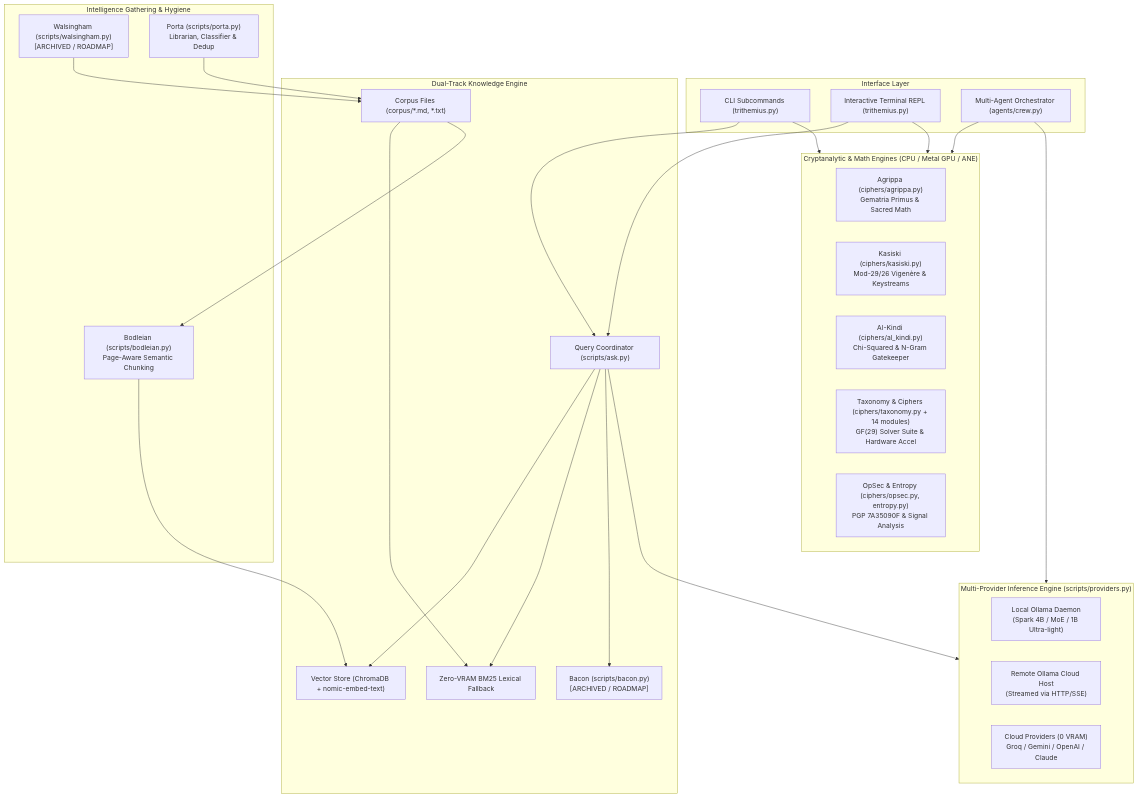
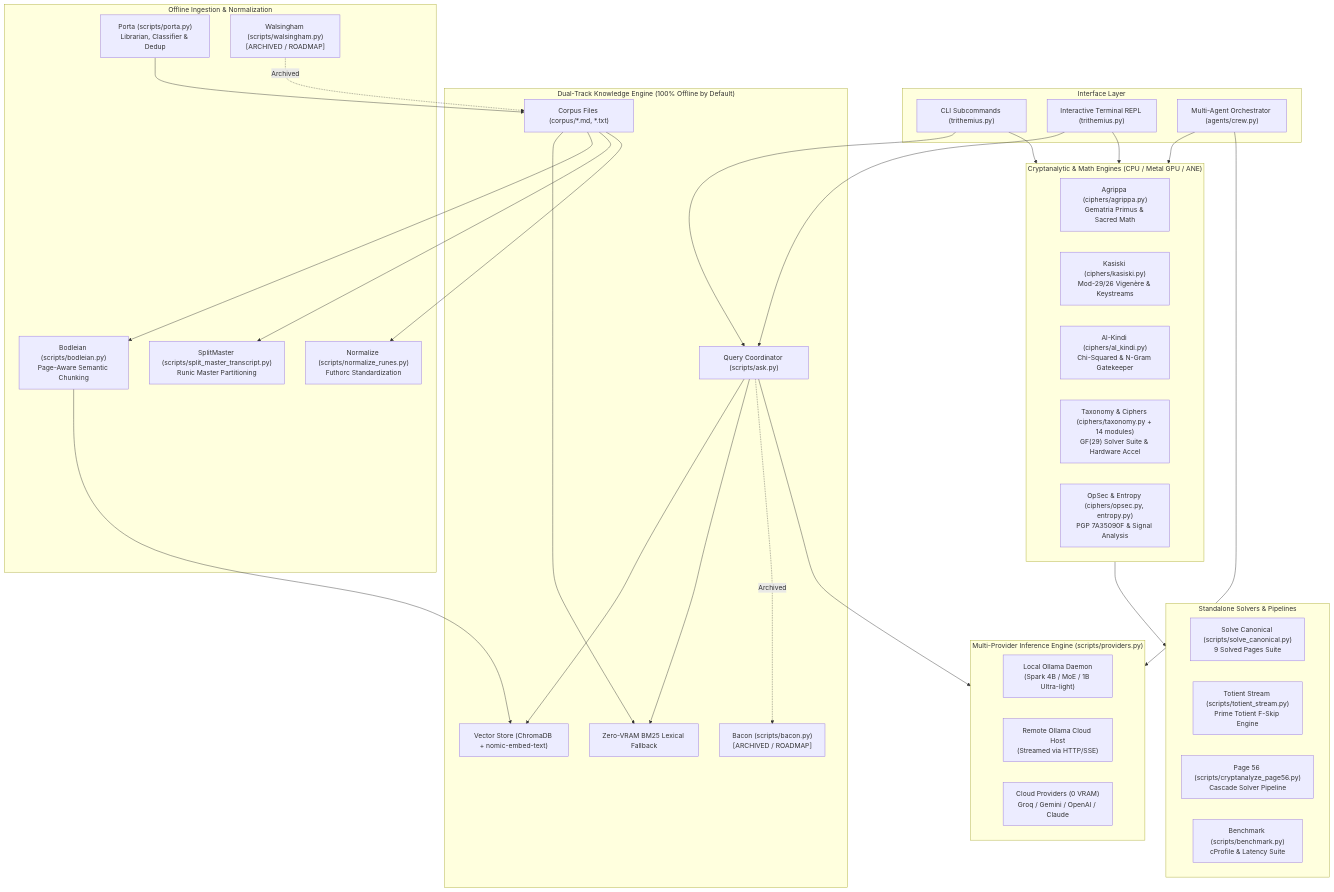
Before and after one commit to fabmas787/trithemius: the diagram in TRITHEMIUS_SPECIFICATION.md, drawn with Mermaid. The commit also changed other lines of this file and 2 other files, not shown here.

````diff
--- a/TRITHEMIUS_SPECIFICATION.md
+++ b/TRITHEMIUS_SPECIFICATION.md
@@ -21,53 +23,65 @@
 ```mermaid
 flowchart TD
     subgraph UI ["Interface Layer"]
         CLI["CLI Subcommands (trithemius.py)"]
         REPL["Interactive Terminal REPL (trithemius.py)"]
         MultiAgent["Multi-Agent Orchestrator (agents/crew.py)"]
     end
 
     subgraph CoreEngine ["Cryptanalytic & Math Engines (CPU / Metal GPU / ANE)"]
         Agrippa["Agrippa (ciphers/agrippa.py)\nGematria Primus & Sacred Math"]
         Kasiski["Kasiski (ciphers/kasiski.py)\nMod-29/26 Vigenère & Keystreams"]
         AlKindi["Al-Kindi (ciphers/al_kindi.py)\nChi-Squared & N-Gram Gatekeeper"]
         Taxonomy["Taxonomy & Ciphers (ciphers/taxonomy.py + 14 modules)\nGF(29) Solver Suite & Hardware Accel"]
         OpSec["OpSec & Entropy (ciphers/opsec.py, entropy.py)\nPGP 7A35090F & Signal Analysis"]
     end
 
-    subgraph RAGPipeline ["Dual-Track Knowledge Engine"]
+    subgraph RAGPipeline ["Dual-Track Knowledge Engine (100% Offline by Default)"]
         Ask["Query Coordinator (scripts/ask.py)"]
         ChromaStore["Vector Store (ChromaDB + nomic-embed-text)"]
         BM25Store["Zero-VRAM BM25 Lexical Fallback"]
         Corpus["Corpus Files (corpus/*.md, *.txt)"]
         Bacon["Bacon (scripts/bacon.py)\n[ARCHIVED / ROADMAP]"]
     end
 
-    subgraph Ingestion ["Intelligence Gathering & Hygiene"]
-        Walsingham["Walsingham (scripts/walsingham.py)\n[ARCHIVED / ROADMAP]"]
+    subgraph Ingestion ["Offline Ingestion & Normalization"]
         Porta["Porta (scripts/porta.py)\nLibrarian, Classifier & Dedup"]
         Bodleian["Bodleian (scripts/bodleian.py)\nPage-Aware Semantic Chunking"]
+        SplitMaster["SplitMaster (scripts/split_master_transcript.py)\nRunic Master Partitioning"]
+        Normalize["Normalize (scripts/normalize_runes.py)\nFuthorc Standardization"]
+        Walsingham["Walsingham (scripts/walsingham.py)\n[ARCHIVED / ROADMAP]"]
+    end
+
+    subgraph Solvers ["Standalone Solvers & Pipelines"]
+        SolveCanonical["Solve Canonical (scripts/solve_canonical.py)\n9 Solved Pages Suite"]
+        TotientStream["Totient Stream (scripts/totient_stream.py)\nPrime Totient F-Skip Engine"]
+        Page56["Page 56 (scripts/cryptanalyze_page56.py)\nCascade Solver Pipeline"]
+        Bench["Benchmark (scripts/benchmark.py)\ncProfile & Latency Suite"]
     end
 
     subgraph Inference ["Multi-Provider Inference Engine (scripts/providers.py)"]
         LocalOllama["Local Ollama Daemon\n(Spark 4B / MoE / 1B Ultra-light)"]
         RemoteOllama["Remote Ollama Cloud Host\n(Streamed via HTTP/SSE)"]
         CloudAPIs["Cloud Providers (0 VRAM)\nGroq / Gemini / OpenAI / Claude"]
     end
 
     REPL --> CoreEngine
     CLI --> CoreEngine
     REPL --> Ask
     CLI --> Ask
     MultiAgent --> CoreEngine
     MultiAgent --> Inference
 
     Ask --> ChromaStore
     Ask --> BM25Store
-    Ask --> Bacon
+    Ask -.->|Archived| Bacon
     Corpus --> BM25Store
     Corpus --> Bodleian --> ChromaStore
-    Walsingham --> Corpus
+    Corpus --> SplitMaster
+    Corpus --> Normalize
+    Walsingham -.->|Archived| Corpus
     Porta --> Corpus
 
+    CoreEngine --> Solvers
     Ask --> Inference
 ```
````
